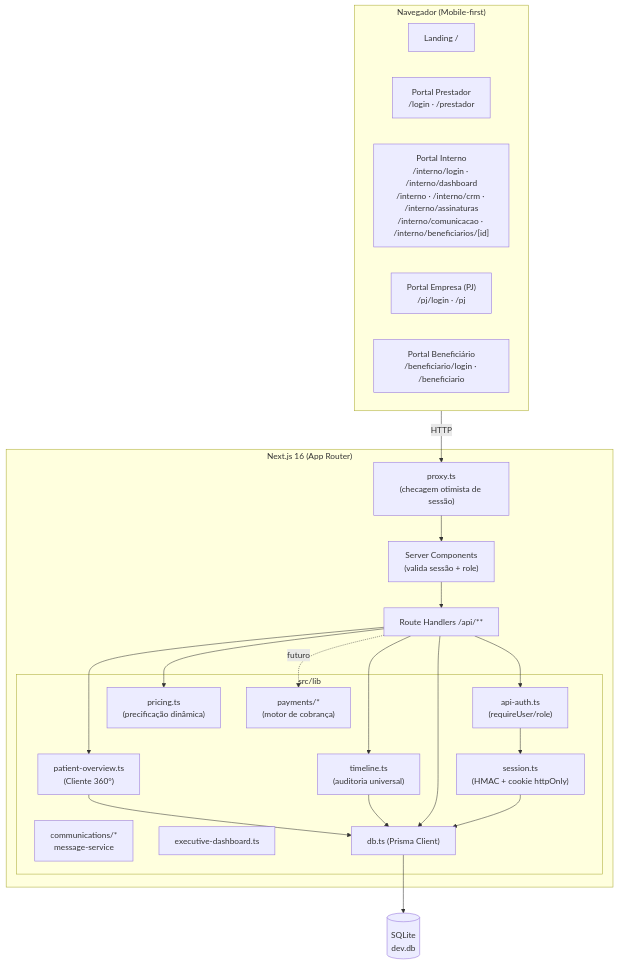
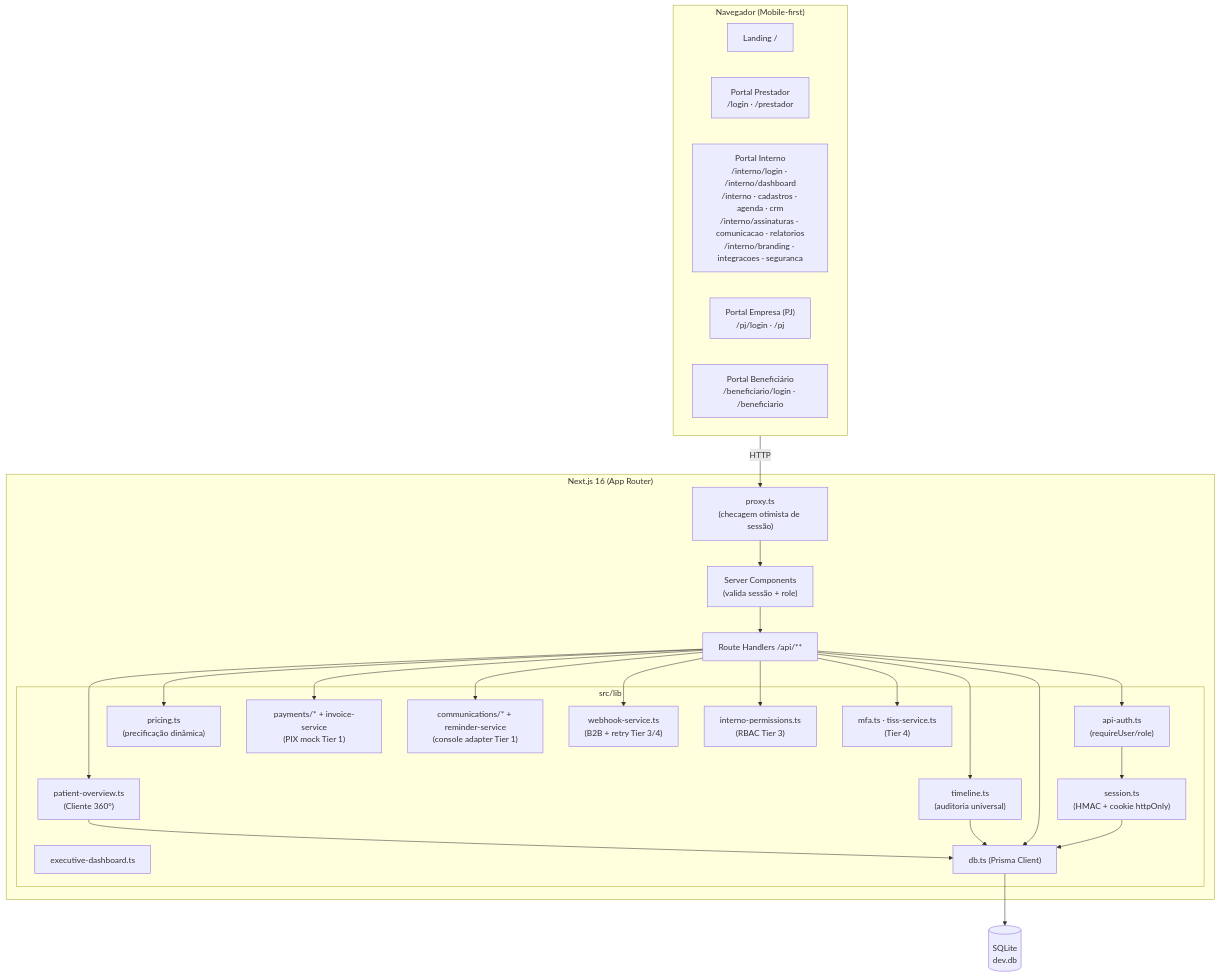
One commit to Piulres/sistema-bibi changed the first of 11 diagrams in docs/ARQUITETURA.md. Above: the diagram before and after it, drawn with Mermaid. The commit also changed other lines of this file and 11 other files, not shown here.

````diff
--- a/docs/ARQUITETURA.md
+++ b/docs/ARQUITETURA.md
@@ -11,39 +11,46 @@
 ```mermaid
 flowchart TB
   subgraph Cliente["Navegador (Mobile-first)"]
     Land["Landing /"]
     PortP["Portal Prestador<br/>/login · /prestador"]
-    PortI["Portal Interno<br/>/interno/login · /interno/dashboard<br/>/interno · /interno/crm · /interno/assinaturas<br/>/interno/comunicacao · /interno/beneficiarios/[id]"]
+    PortI["Portal Interno<br/>/interno/login · /interno/dashboard<br/>/interno · cadastros · agenda · crm<br/>/interno/assinaturas · comunicacao · relatorios<br/>/interno/branding · integracoes · seguranca"]
     PortPJ["Portal Empresa (PJ)<br/>/pj/login · /pj"]
     PortBen["Portal Beneficiário<br/>/beneficiario/login · /beneficiario"]
   end
 
   subgraph Next["Next.js 16 (App Router)"]
     Proxy["proxy.ts<br/>(checagem otimista de sessão)"]
     Pages["Server Components<br/>(valida sessão + role)"]
     API["Route Handlers /api/**"]
     subgraph Lib["src/lib"]
       Sess["session.ts<br/>(HMAC + cookie httpOnly)"]
       Auth["api-auth.ts<br/>(requireUser/role)"]
       Price["pricing.ts<br/>(precificação dinâmica)"]
       Overview["patient-overview.ts<br/>(Cliente 360°)"]
       Timeline["timeline.ts<br/>(auditoria universal)"]
-      Payments["payments/*<br/>(motor de cobrança)"]
-      Comms["communications/*<br/>message-service"]
+      Payments["payments/* + invoice-service<br/>(PIX mock Tier 1)"]
+      Comms["communications/* + reminder-service<br/>(console adapter Tier 1)"]
+      Webhooks["webhook-service.ts<br/>(B2B + retry Tier 3/4)"]
+      RBAC["interno-permissions.ts<br/>(RBAC Tier 3)"]
+      MFA["mfa.ts · tiss-service.ts<br/>(Tier 4)"]
       Dashboard["executive-dashboard.ts"]
       DB["db.ts (Prisma Client)"]
     end
   end
 
   SQLite[("SQLite<br/>dev.db")]
 
   Cliente -->|HTTP| Proxy --> Pages
   Pages --> API
   API --> Auth --> Sess
   API --> Price
   API --> Overview --> DB
   API --> Timeline --> DB
-  API -.->|futuro| Payments
+  API --> Payments
+  API --> Comms
+  API --> Webhooks
+  API --> RBAC
+  API --> MFA
   API --> DB --> SQLite
   Sess --> DB
 ```
````
